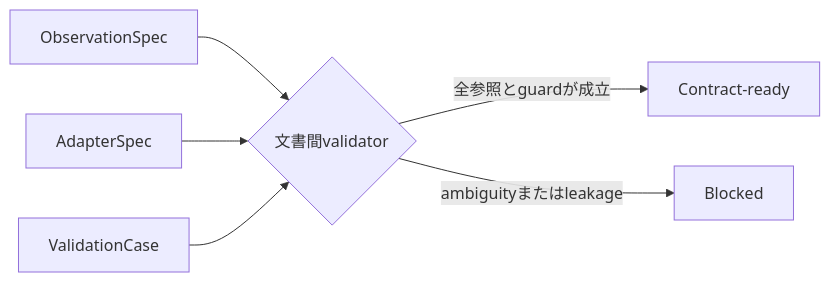
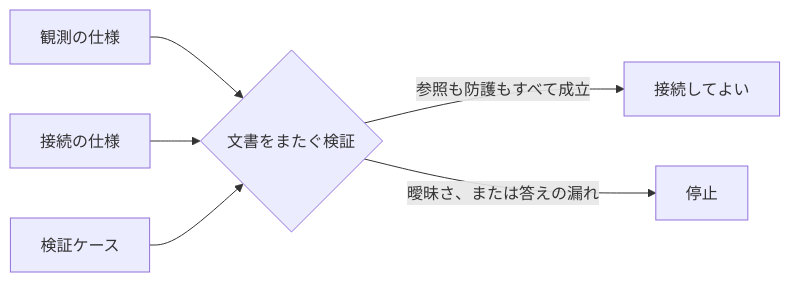
One commit to kbmt327-dev/scientific-os-research changed the diagram in content/ja/research/human-model/index.md. Above: the diagram before and after it, drawn with Mermaid. The commit also changed other lines of this file and 45 other files, not shown here.

````diff
--- a/content/ja/research/human-model/index.md
+++ b/content/ja/research/human-model/index.md
@@ -41,8 +47,8 @@
 ```mermaid
 flowchart LR
-  O[ObservationSpec] --> V{文書間validator}
-  A[AdapterSpec] --> V
-  C[ValidationCase] --> V
-  V -->|全参照とguardが成立| READY[Contract-ready]
-  V -->|ambiguityまたはleakage| BLOCKED[Blocked]
+  O[観測の仕様] --> V{文書をまたぐ検証}
+  A[接続の仕様] --> V
+  C[検証ケース] --> V
+  V -->|参照も防護もすべて成立| READY[接続してよい]
+  V -->|曖昧さ、または答えの漏れ| BLOCKED[停止]
 ```
````
